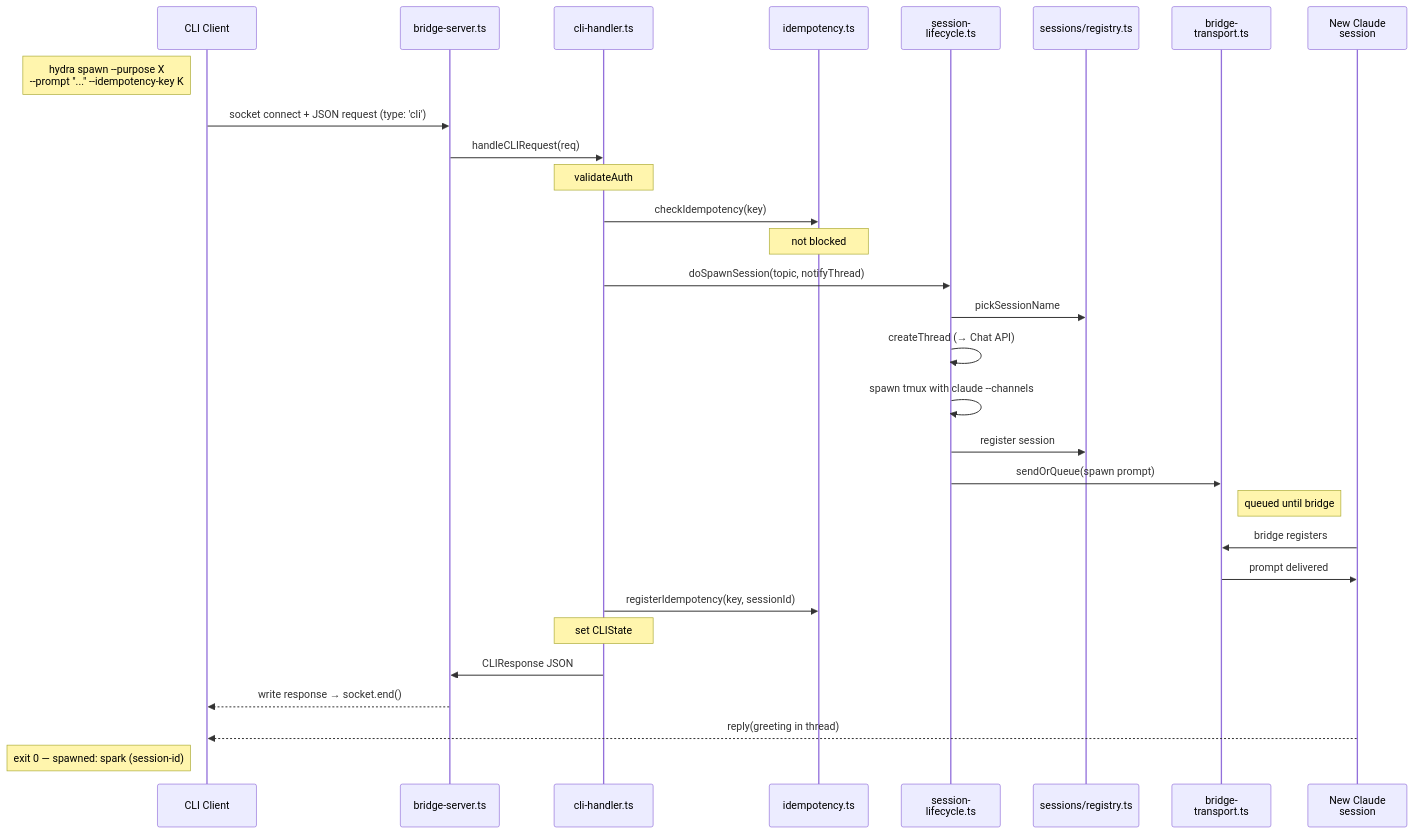
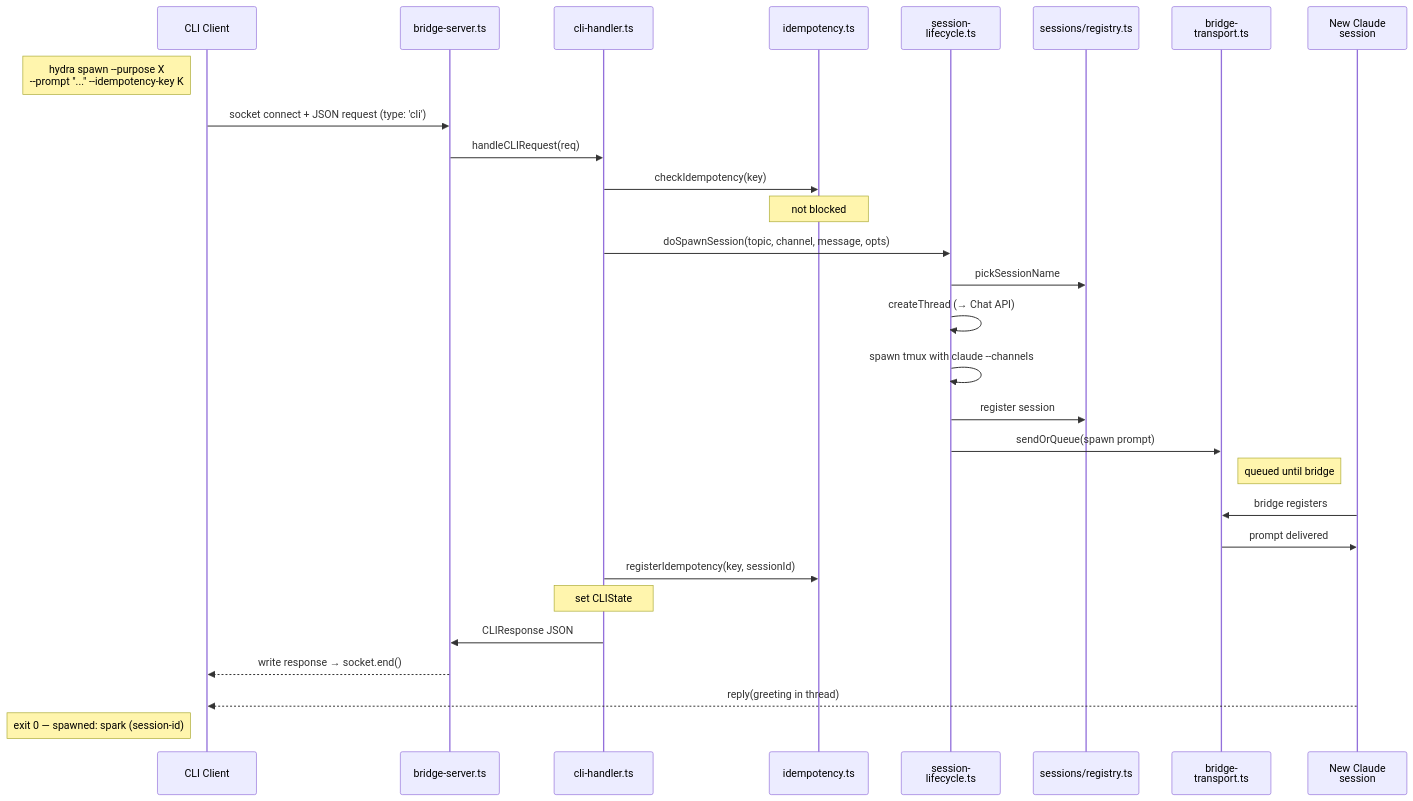
One commit to sf8193/hydra changed the diagram in diagrams/flow-cli-spawn.mmd. Above: the diagram before and after it, drawn with Mermaid. The commit also changed 15 other files, not shown here.

First line of the commit message:
CI checks diagram names, and one rule table refuses new branches on a platform or engine name

```diff
--- a/diagrams/flow-cli-spawn.mmd
+++ b/diagrams/flow-cli-spawn.mmd
@@ -1,35 +1,34 @@
 %% CLI Spawn — Flow Through Layers
 %% The CLI path joins the daemon at doSpawnSession — same downstream as chat spawn.
 %% Green = CLI-specific. Purple = shared.
 
 sequenceDiagram
     participant cli as CLI Client
     participant server as bridge-server.ts
     participant handler as cli-handler.ts
     participant idemp as idempotency.ts
     participant lifecycle as session-<br/>lifecycle.ts
     participant sessions as sessions/registry.ts
     participant transport as bridge-<br/>transport.ts
     participant cc as New Claude<br/>session
 
     Note left of cli: hydra spawn --purpose X<br/>--prompt "..." --idempotency-key K
     cli->>server: socket connect + JSON request (type: 'cli')
     server->>handler: handleCLIRequest(req)
-    Note over handler: validateAuth
     handler->>idemp: checkIdempotency(key)
     Note over idemp: not blocked
-    handler->>lifecycle: doSpawnSession(topic, notifyThread)
+    handler->>lifecycle: doSpawnSession(topic, channel, message, opts)
     lifecycle->>sessions: pickSessionName
     lifecycle->>lifecycle: createThread (→ Chat API)
     lifecycle->>lifecycle: spawn tmux with claude --channels
     lifecycle->>sessions: register session
     lifecycle->>transport: sendOrQueue(spawn prompt)
     Note right of transport: queued until bridge
     cc->>transport: bridge registers
     transport->>cc: prompt delivered
     handler->>idemp: registerIdempotency(key, sessionId)
     Note over handler: set CLIState
     handler->>server: CLIResponse JSON
     server-->>cli: write response → socket.end()
     cc-->>cli: reply(greeting in thread)
     Note left of cli: exit 0 — spawned: spark (session-id)
```
